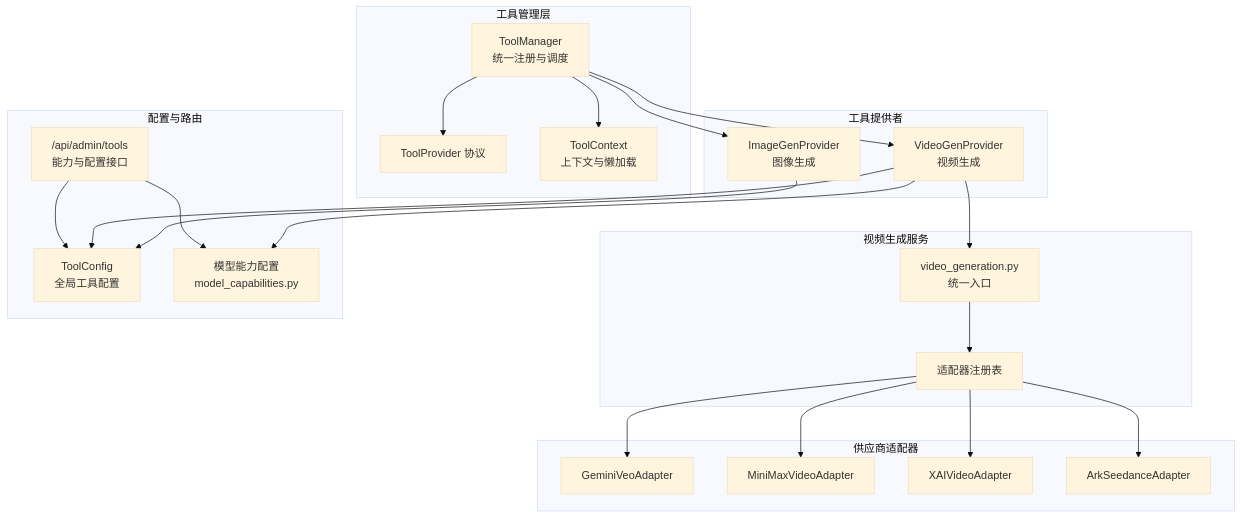
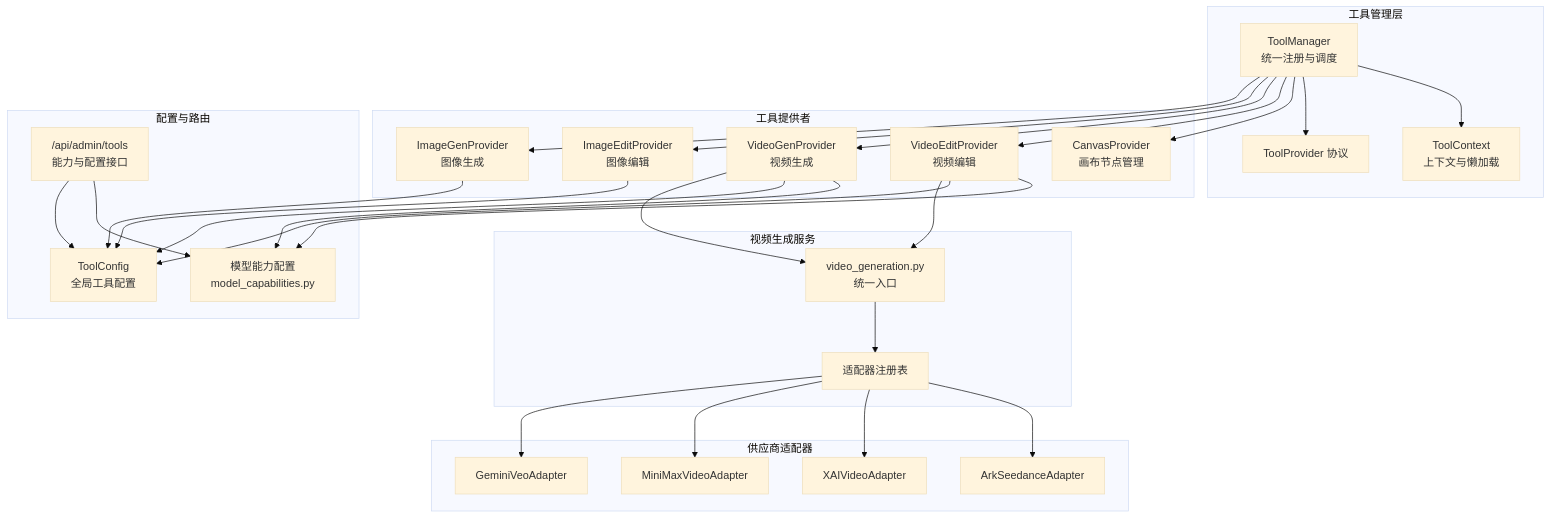
One commit to KunLabAI/KunFlix changed the first of 10 diagrams in .qoder/repowiki/zh/content/AI服务集成/AI服务集成.md. Above: the diagram before and after it, drawn with Mermaid (base theme). The commit also changed other lines of this file and 13 other files, not shown here.

First line of the commit message:
feat(tool_manager): 集成图像编辑、视频编辑与画布节点管理工具

````diff
--- a/.qoder/repowiki/zh/content/AI服务集成/AI服务集成.md
+++ b/.qoder/repowiki/zh/content/AI服务集成/AI服务集成.md
@@ -48,42 +51,52 @@
 ```mermaid
 graph TB
 subgraph "工具管理层"
 TM["ToolManager<br/>统一注册与调度"]
 TP["ToolProvider 协议"]
 CTX["ToolContext<br/>上下文与懒加载"]
 end
 subgraph "工具提供者"
 IG["ImageGenProvider<br/>图像生成"]
+IE["ImageEditProvider<br/>图像编辑"]
 VG["VideoGenProvider<br/>视频生成"]
+VE["VideoEditProvider<br/>视频编辑"]
+CP["CanvasProvider<br/>画布节点管理"]
 end
 subgraph "视频生成服务"
 VGEN["video_generation.py<br/>统一入口"]
 REG["适配器注册表"]
 end
 subgraph "供应商适配器"
 GEM["GeminiVeoAdapter"]
 MINIMAX["MiniMaxVideoAdapter"]
 XAI["XAIVideoAdapter"]
 ARK["ArkSeedanceAdapter"]
 end
 subgraph "配置与路由"
 CFG["ToolConfig<br/>全局工具配置"]
 CAP["模型能力配置<br/>model_capabilities.py"]
 ROUTE["/api/admin/tools<br/>能力与配置接口"]
 end
 TM --> IG
+TM --> IE
 TM --> VG
+TM --> VE
+TM --> CP
 TM --> TP
 TM --> CTX
 VG --> VGEN
+VE --> VGEN
 VGEN --> REG
 REG --> GEM
 REG --> MINIMAX
 REG --> XAI
 REG --> ARK
 IG --> CFG
+IE --> CFG
 VG --> CFG
+VE --> CFG
 VG --> CAP
+VE --> CAP
 ROUTE --> CFG
 ROUTE --> CAP
 ```
````
